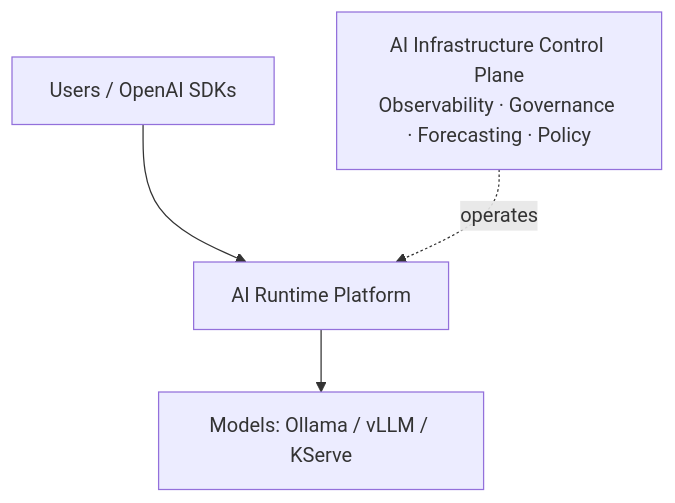
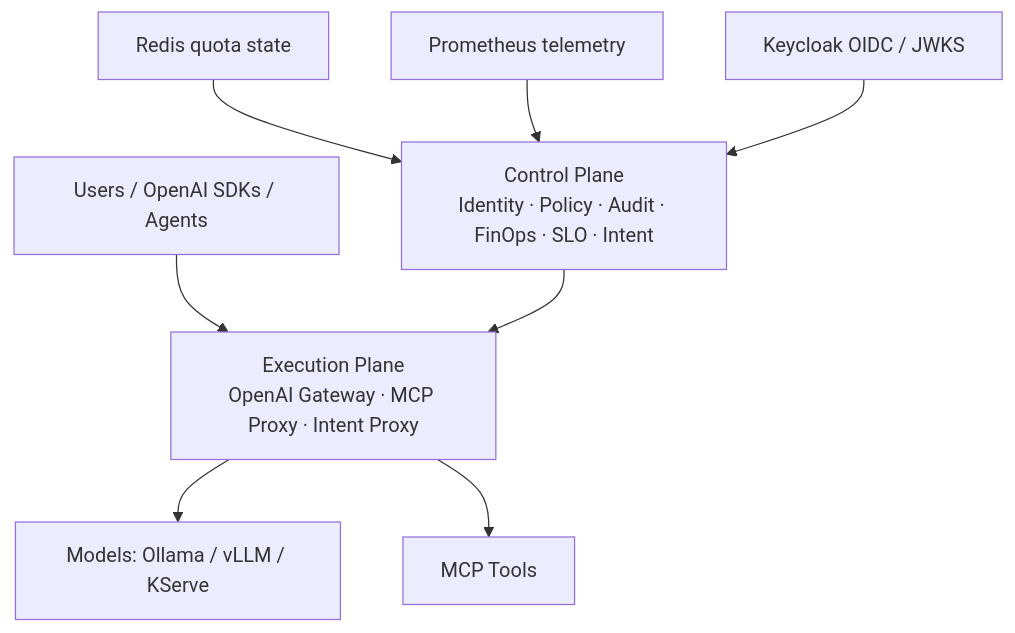
Before and after one commit to justrunme/justrunme: the diagram in README.md, drawn with Mermaid. The commit also changed other lines of this file, not shown here.

Commit message:
docs: align profile with AI Infrastructure OS

````diff
--- a/README.md
+++ b/README.md
@@ -49,5 +49,10 @@
 ```mermaid
 flowchart TB
-  Users["Users / OpenAI SDKs"] --> Runtime["AI Runtime Platform"] --> Models["Models: Ollama / vLLM / KServe"]
-  Control["AI Infrastructure Control Plane\nObservability · Governance · Forecasting · Policy"] -. operates .-> Runtime
+  Users["Users / OpenAI SDKs / Agents"] --> Runtime["Execution Plane\nOpenAI Gateway · MCP Proxy · Intent Proxy"]
+  Runtime --> Models["Models: Ollama / vLLM / KServe"]
+  Runtime --> Tools["MCP Tools"]
+  Control["Control Plane\nIdentity · Policy · Audit · FinOps · SLO · Intent"] --> Runtime
+  Redis["Redis quota state"] --> Control
+  Prom["Prometheus telemetry"] --> Control
+  OIDC["Keycloak OIDC / JWKS"] --> Control
 ```
````
